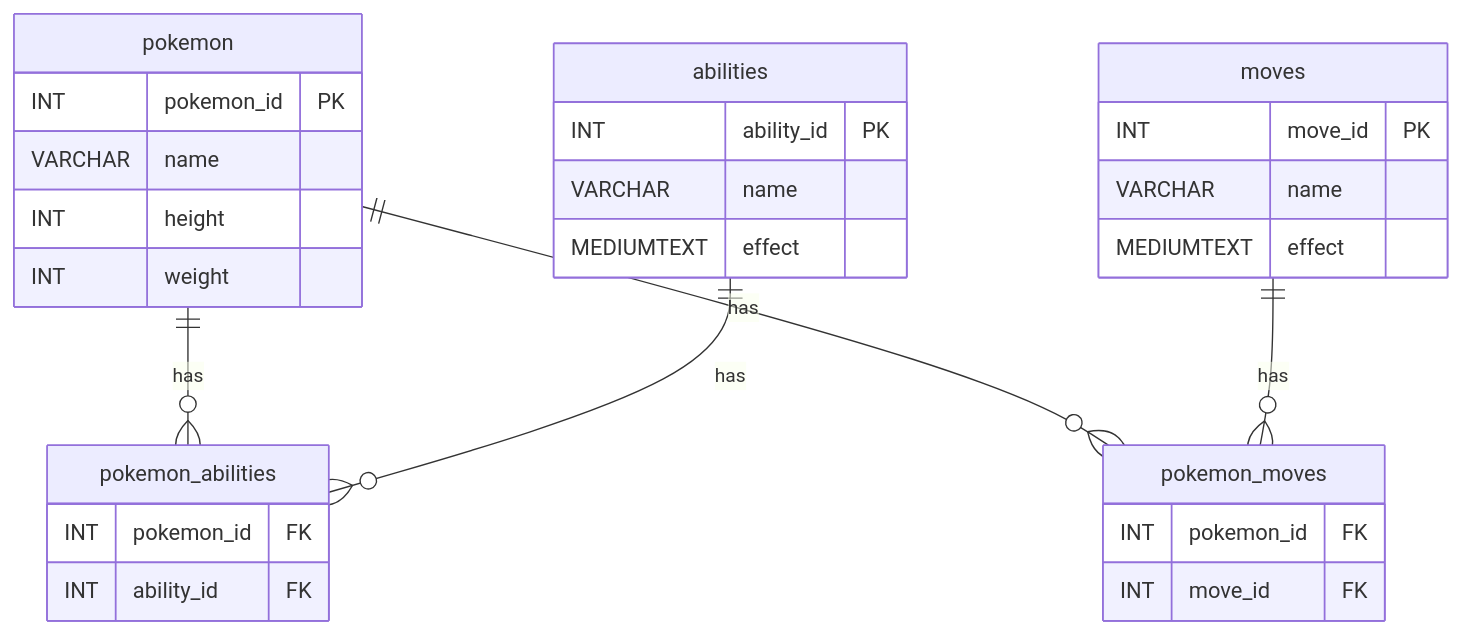
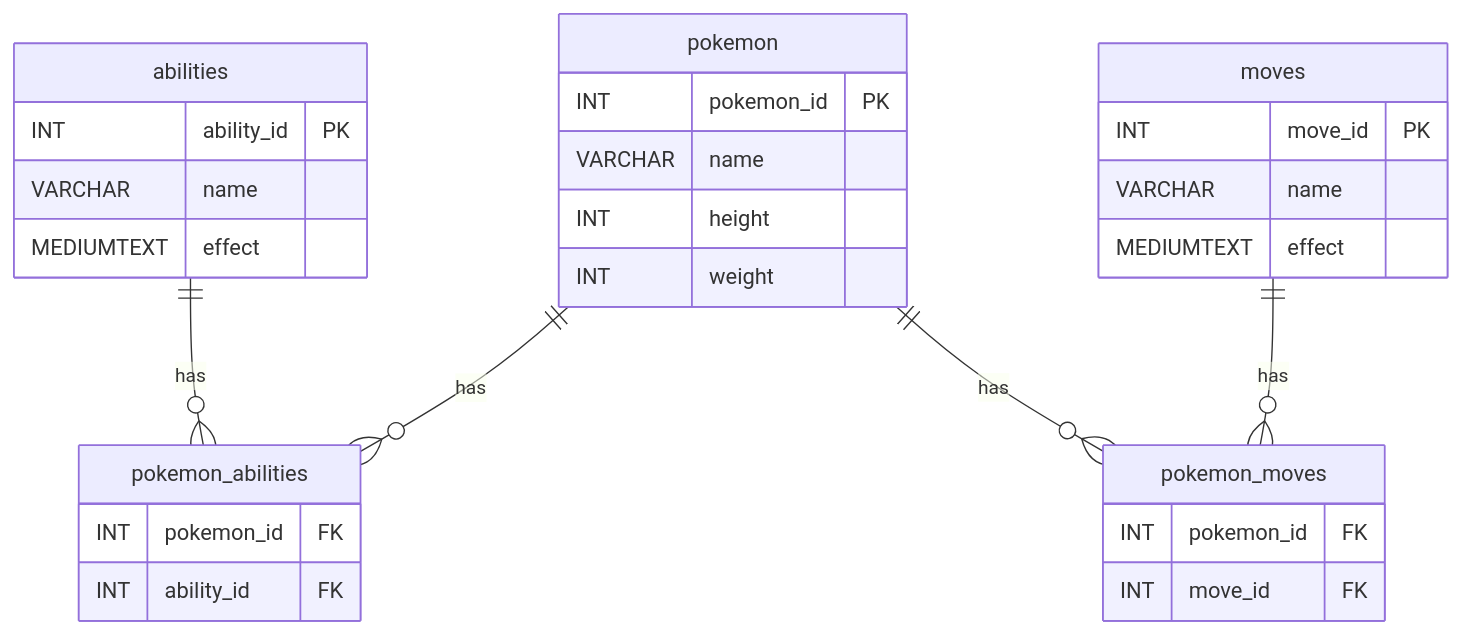
One commit to Skimifil/ds_pokeapi changed the diagram in README.md. Above: the diagram before and after it, drawn with Mermaid.

Commit message:
Atualização do README.md

````diff
--- a/README.md
+++ b/README.md
@@ -40,36 +40,36 @@
 ```mermaid
 erDiagram
+    abilities {
+        INT ability_id PK
+        VARCHAR name
+        MEDIUMTEXT effect
+    }
+    
     pokemon {
         INT pokemon_id PK
         VARCHAR name
         INT height
         INT weight
-    }
-
-    abilities {
-        INT ability_id PK
-        VARCHAR name
-        MEDIUMTEXT effect
     }
 
     moves {
         INT move_id PK
         VARCHAR name
         MEDIUMTEXT effect
     }
 
     pokemon_abilities {
         INT pokemon_id FK
         INT ability_id FK
     }
 
     pokemon_moves {
         INT pokemon_id FK
         INT move_id FK
     }
 
     pokemon ||--o{ pokemon_abilities : "has"
     pokemon ||--o{ pokemon_moves : "has"
     abilities ||--o{ pokemon_abilities : "has"
     moves ||--o{ pokemon_moves : "has"
 ```
````
